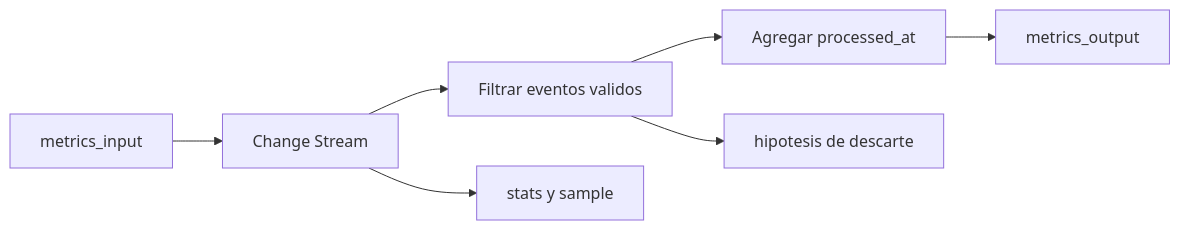
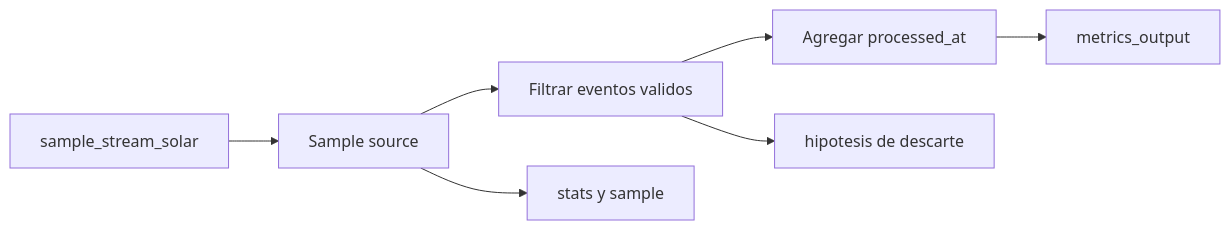
The diagram in projects/07-metrics-observability/README.md (unai-ss/atlas-stream-processor-playground), drawn with Mermaid before and after one commit. The commit also changed other lines of this file and 9 other files, not shown here.

````diff
--- a/projects/07-metrics-observability/README.md
+++ b/projects/07-metrics-observability/README.md
@@ -33,9 +37,9 @@
 ```mermaid
 flowchart LR
-    A[metrics_input] --> B[Change Stream]
-    B --> C[Filtrar eventos validos]
+   A[sample_stream_solar] --> B[Sample source]
+   B --> C[Filtrar eventos validos]
     C --> D[Agregar processed_at]
     D --> E[metrics_output]
     B --> F[stats y sample]
     C --> G[hipotesis de descarte]
 ```
````
